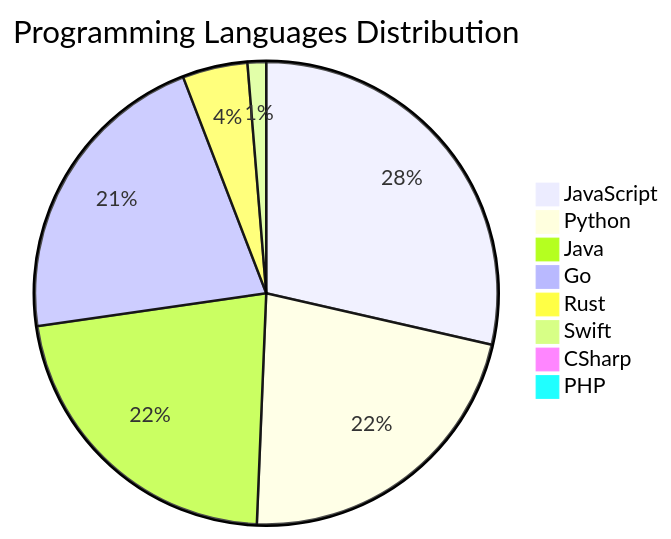
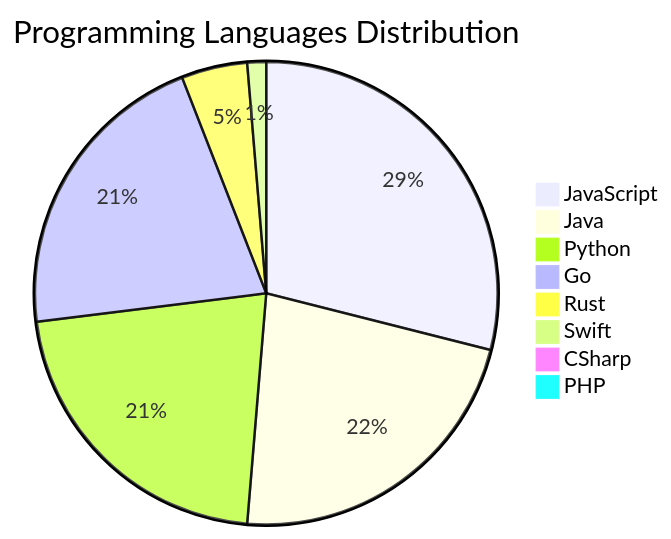
The diagram in README.md (Derrick-MUGISHA/github-activity-bot), drawn with Mermaid before and after one commit. The commit also changed other lines of this file and 4 other files, not shown here.

````diff
--- a/README.md
+++ b/README.md
@@ -208,11 +208,11 @@
 ```mermaid
 pie title Programming Languages Distribution
     "JavaScript" : 44
-    "Python" : 34
     "Java" : 34
-    "Go" : 33
+    "Python" : 33
+    "Go" : 32
     "Rust" : 7
     "Swift" : 2
     "CSharp" : 1
     "PHP" : 1
 ```
````
